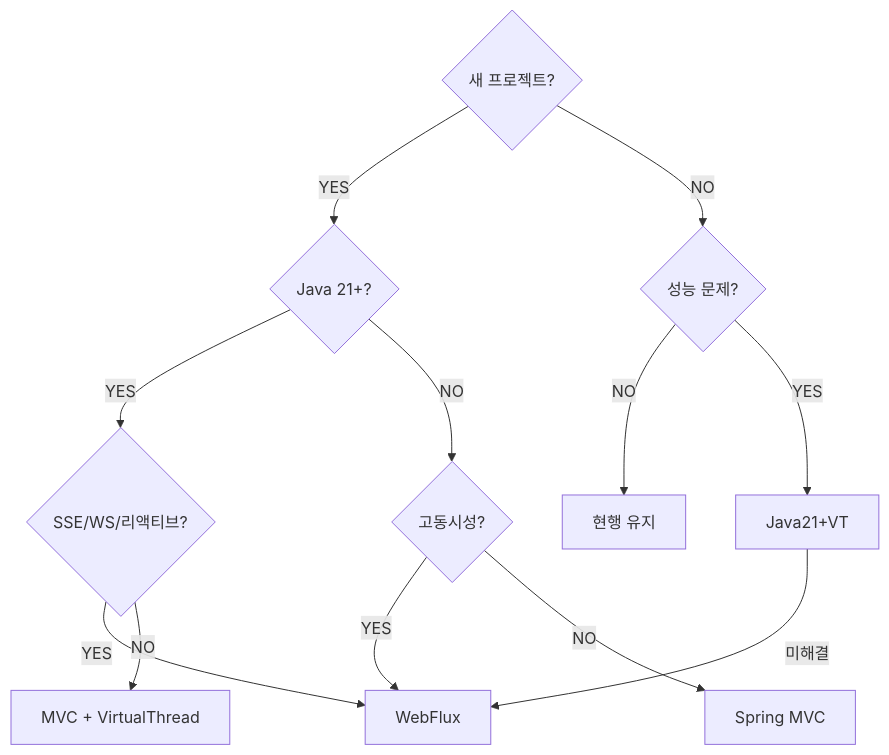
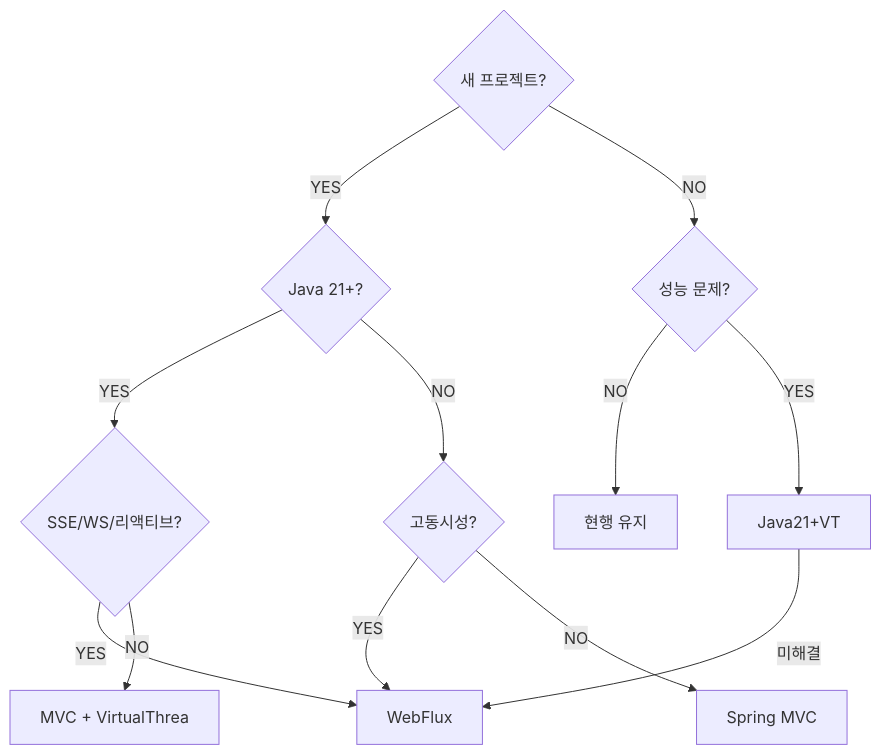
Before and after one commit to yjkim2015/yjkim2015.github.io: the ninth of 9 diagrams in _posts/spring/2026-05-01-spring-webflux.md, drawn with Mermaid. The commit also changed other lines of this file and 271 other files, not shown here.

First line of the commit message:
Mermaid 라벨 축소: 긴 노드 텍스트 18자 이하로 트림 + \n 제거

````diff
--- a/_posts/spring/2026-05-01-spring-webflux.md
+++ b/_posts/spring/2026-05-01-spring-webflux.md
@@ -1696,13 +1696,13 @@
 ```mermaid
 graph TD
     A{"새 프로젝트?"} -->|YES| B{"Java 21+?"}
     B -->|YES| C{"SSE/WS/리액티브?"}
     C -->|YES| E["WebFlux"]
-    C -->|NO| D["MVC + VirtualThread"]
+    C -->|NO| D["MVC + VirtualThrea"]
     B -->|NO| F{"고동시성?"}
     F -->|YES| E
     F -->|NO| G["Spring MVC"]
     A -->|NO| H{"성능 문제?"}
     H -->|NO| I["현행 유지"]
     H -->|YES| J["Java21+VT"] -->|미해결| E
 ```
````
